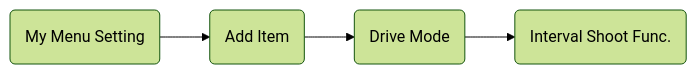
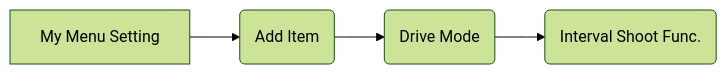
One commit to ruzickap/ruzickap.github.io changed the first of 12 diagrams in _posts/2022/2022-09-02-my-sony-a7-iv-settings.md. Above: the diagram before and after it, drawn with Mermaid (forest theme). The commit also changed other lines of this file, not shown here.

````diff
--- a/_posts/2022/2022-09-02-my-sony-a7-iv-settings.md
+++ b/_posts/2022/2022-09-02-my-sony-a7-iv-settings.md
@@ -20,4 +21,4 @@
 ```mermaid
 flowchart LR
-    A(My Menu Setting) --> B(Add Item) --> C(Drive Mode) --> D(Interval Shoot Func.)
+    A[My Menu Setting] --> B(Add Item)      --> C(Drive Mode)             --> D(Interval Shoot Func.)
 ```
````
